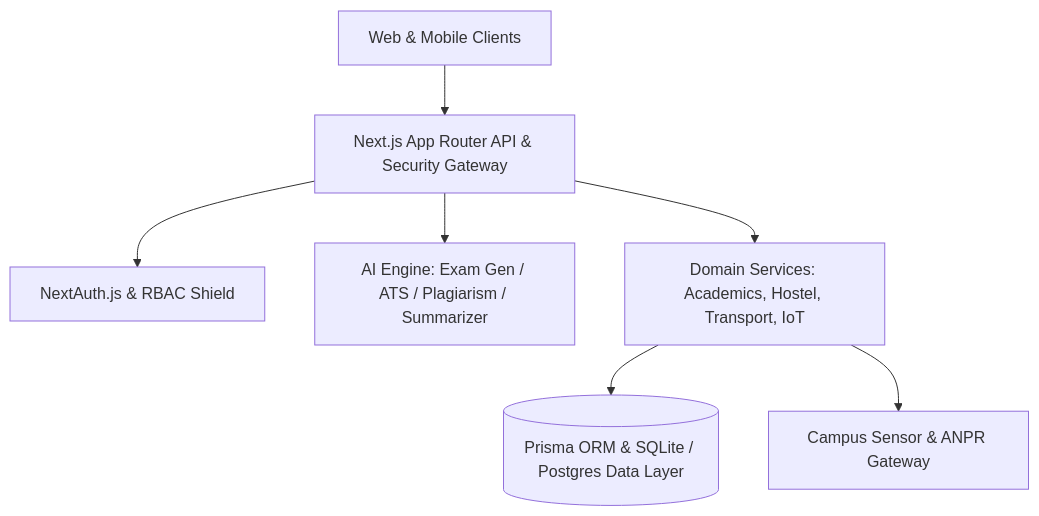
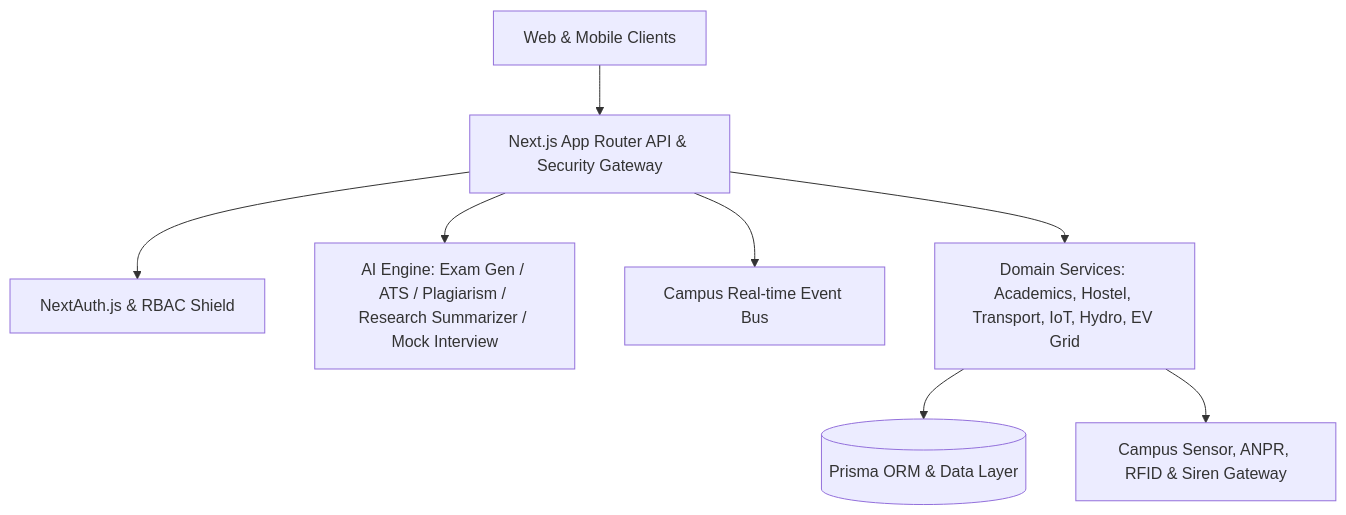
The diagram in docs/ARCHITECTURE.md (its-anuraj/CampusHub-AI), drawn with Mermaid before and after one commit. The commit also changed other lines of this file and 2 other files, not shown here.

Commit message:
docs: release v3.3.0 Mega Update with Comprehensive System Architecture & API Documentation

````diff
--- a/docs/ARCHITECTURE.md
+++ b/docs/ARCHITECTURE.md
@@ -6,9 +6,10 @@
 ```mermaid
 graph TD
   Client[Web & Mobile Clients] --> Gateway[Next.js App Router API & Security Gateway]
   Gateway --> Auth[NextAuth.js & RBAC Shield]
-  Gateway --> AI[AI Engine: Exam Gen / ATS / Plagiarism / Summarizer]
-  Gateway --> Services[Domain Services: Academics, Hostel, Transport, IoT]
-  Services --> DB[(Prisma ORM & SQLite / Postgres Data Layer)]
-  Services --> IoT[Campus Sensor & ANPR Gateway]
+  Gateway --> AI[AI Engine: Exam Gen / ATS / Plagiarism / Research Summarizer / Mock Interview]
+  Gateway --> EventBus[Campus Real-time Event Bus]
+  Gateway --> Services[Domain Services: Academics, Hostel, Transport, IoT, Hydro, EV Grid]
+  Services --> DB[(Prisma ORM & Data Layer)]
+  Services --> IoT[Campus Sensor, ANPR, RFID & Siren Gateway]
 ```
````
